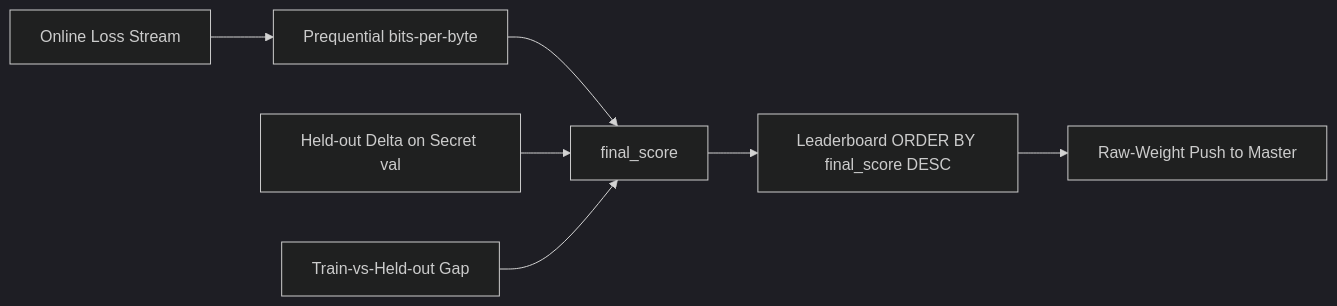
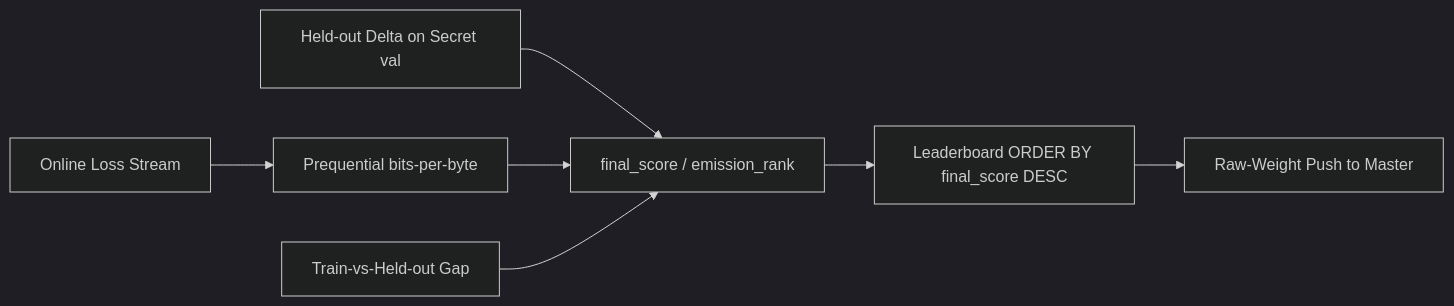
Before and after one commit to BaseIntelligence/prism: the second of 2 diagrams in docs/architecture.md, drawn with Mermaid (dark theme). The commit also changed other lines of this file and 20 other files, not shown here.

First line of the commit message:
feat(prism): emission rank held-out primary, bpb secondary

````diff
--- a/docs/architecture.md
+++ b/docs/architecture.md
@@ -139,9 +139,9 @@
 ```mermaid
 flowchart LR
     Reexec[Online Loss Stream] --> Bpb[Prequential bits-per-byte]
-    Bpb --> Final[final_score]
-    Heldout[Held-out Delta on Secret val] --> Final
+    Heldout[Held-out Delta on Secret val] --> Final[final_score / emission_rank]
+    Bpb --> Final
     Gap[Train-vs-Held-out Gap] --> Final
     Final --> Board[Leaderboard ORDER BY final_score DESC]
     Board --> Raw[Raw-Weight Push to Master]
 ```
````
